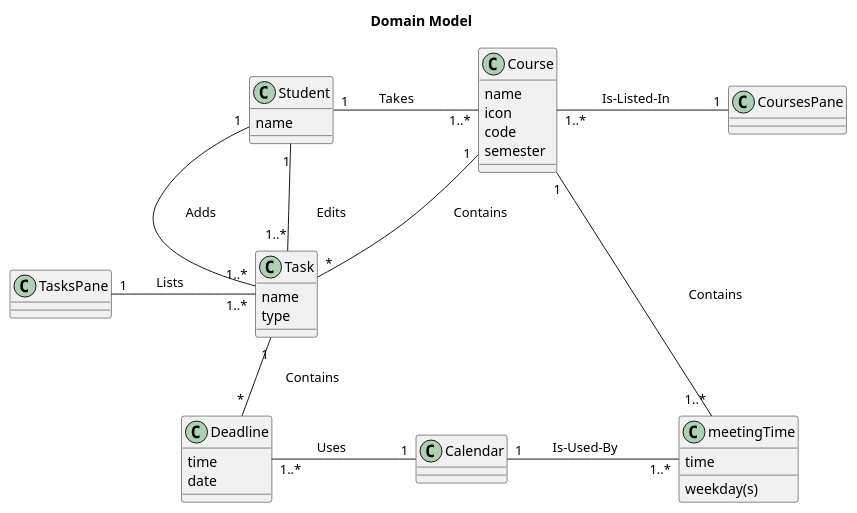
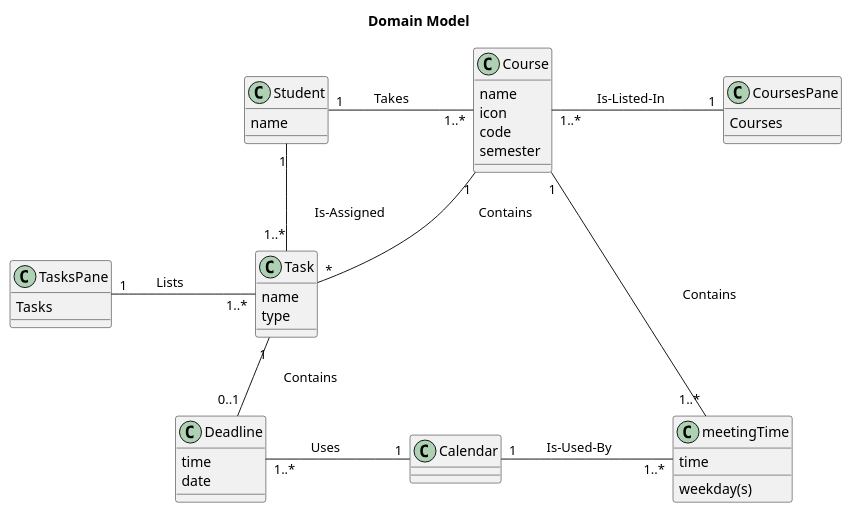
The first of 2 diagrams in doc/design.md (oolumuyiwa/planner), drawn with PlantUML before and after one commit. The commit also changed other lines of this file, not shown here.

````diff
--- a/doc/design.md
+++ b/doc/design.md
@@ -2,49 +2,50 @@
 ```plantuml
 @startuml
 title Domain Model
 
 
 'classes
 class Course{
 name
 icon
 code
 semester
 }
 class meetingTime{
 time
 weekday(s)
 }
 
 class Task{
 name
 type
 }
 class Deadline{
 time
 date
 }
 class Student{
 name
 }
 class TasksPane{
+Tasks
 }
 class CoursesPane{
+Courses
 }
 class Calendar{
 }
 
 
 'associations
  Student "1" - "1..*" Course : \tTakes\t\t
  Course "1" -down- "*" Task : \tContains\t\t
  Course "1" - "1..*" meetingTime : \tContains\t\t
- Student "1" - "1..*" Task : \tAdds\t\t
- Student "1" - "1..*" Task : \tEdits\t\t
- Task "1" -down- "*" Deadline : \tContains\t\t
+ Student "1" - "1..*" Task : \tIs-Assigned\t\t
+ Task "1" -down- "0..1" Deadline : \tContains\t\t
  Calendar "1" -left- "1..*" Deadline : \tUses\t\t
  Calendar "1" - "1..*" meetingTime : \tIs-Used-By\t\t
  Task "1..*" -left- "1" TasksPane : \tLists\t\t
  Course "1..*" -right- "1" CoursesPane : \tIs-Listed-In\t\t
 @enduml
 ```
````
